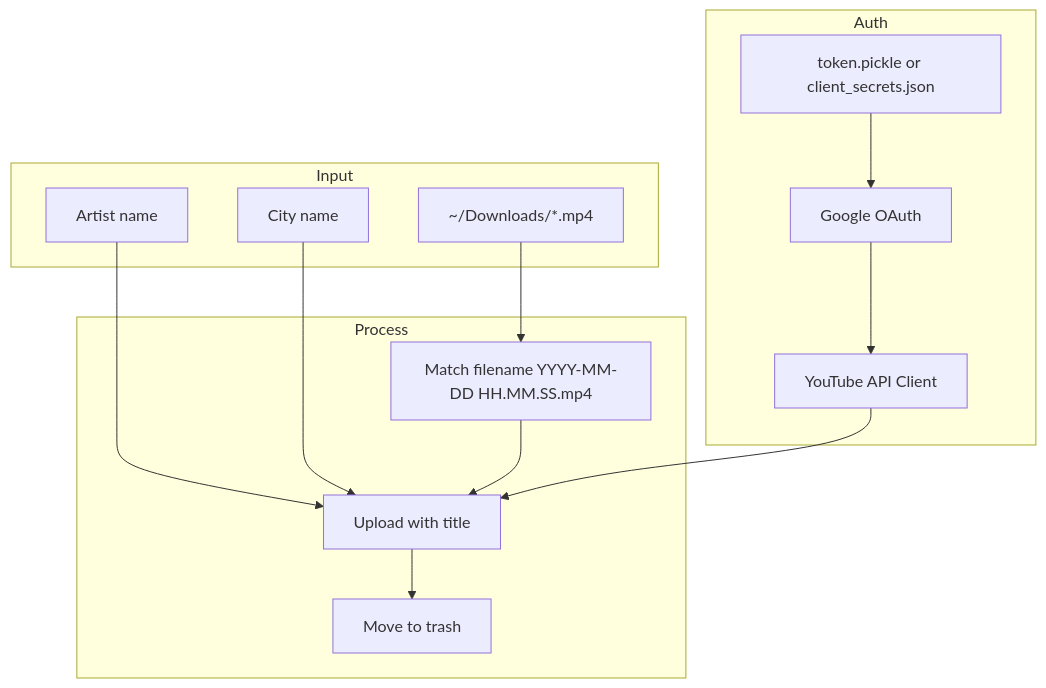
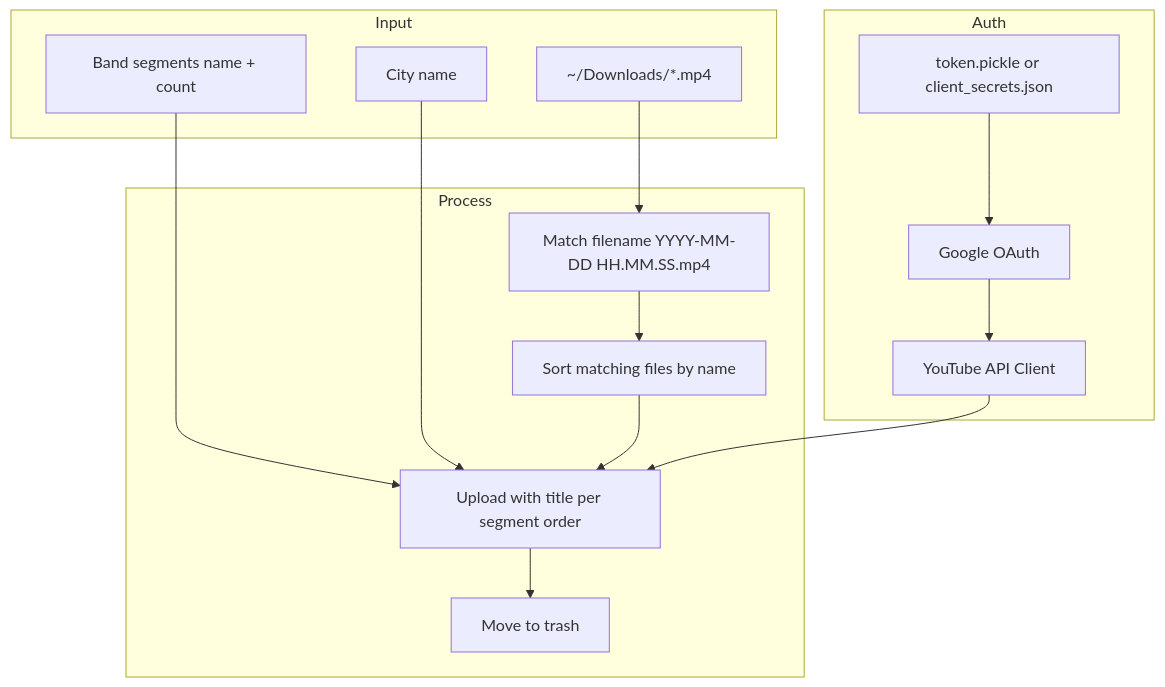
The diagram in docs/ARCHITECTURE.md (alexandreoliv/youtube-uploader), drawn with Mermaid before and after one commit. The commit also changed other lines of this file and 4 other files, not shown here.

````diff
--- a/docs/ARCHITECTURE.md
+++ b/docs/ARCHITECTURE.md
@@ -29,29 +31,31 @@
 ```mermaid
 flowchart TD
     subgraph Input
         A[~/Downloads/*.mp4]
-        B[Artist name]
+        B[Band segments name + count]
         C[City name]
     end
 
     subgraph Auth
         D[token.pickle or client_secrets.json]
         E[Google OAuth]
         F[YouTube API Client]
     end
 
     subgraph Process
         G[Match filename YYYY-MM-DD HH.MM.SS.mp4]
-        H[Upload with title]
-        I[Move to trash]
+        H[Sort matching files by name]
+        I[Upload with title per segment order]
+        J[Move to trash]
     end
 
     A --> G
-    B --> H
-    C --> H
+    G --> H
+    B --> I
+    C --> I
     D --> E
     E --> F
-    G --> H
-    F --> H
     H --> I
+    F --> I
+    I --> J
 ```
````
